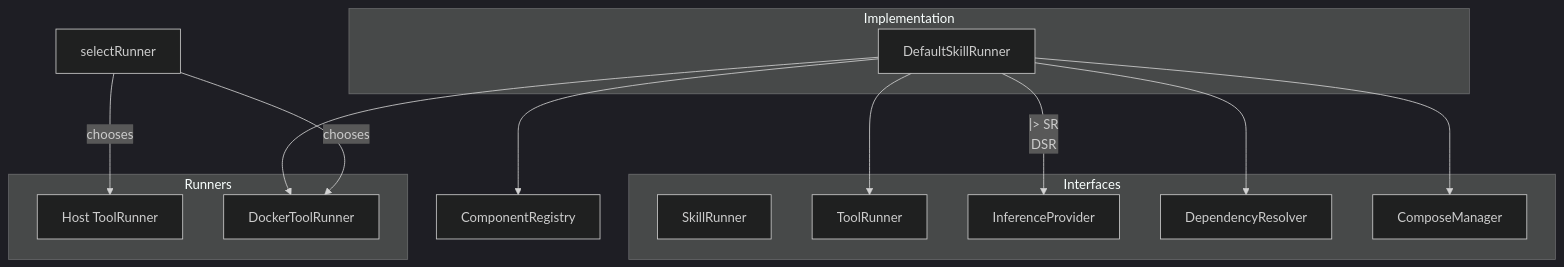
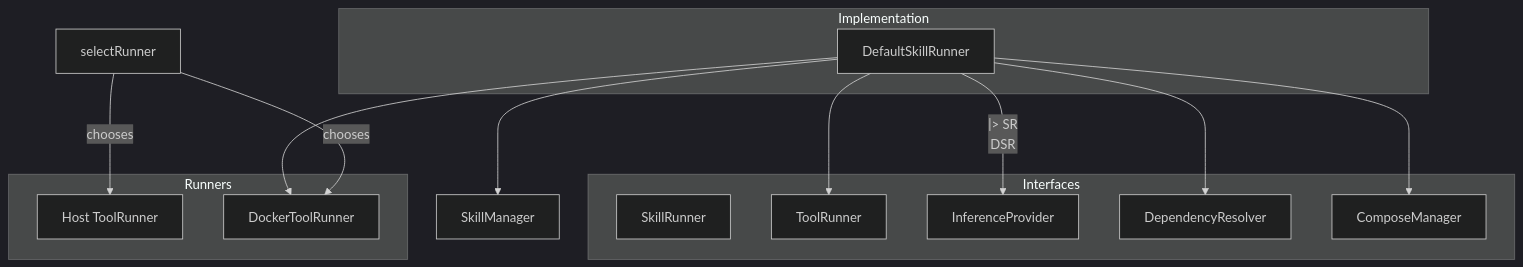
One commit to opensassi/a0 changed the first of 2 diagrams in src/skill_runner.spec.md. Above: the diagram before and after it, drawn with Mermaid (dark theme). The commit also changed other lines of this file and 40 other files, not shown here.

````diff
--- a/src/skill_runner.spec.md
+++ b/src/skill_runner.spec.md
@@ -79,26 +79,26 @@
 ```mermaid
 graph TB
     subgraph Interfaces
         SR[SkillRunner]
         TR[ToolRunner]
         IP[InferenceProvider]
         DR[DependencyResolver]
         CM[ComposeManager]
     end
     subgraph Implementation
         DSR[DefaultSkillRunner]
     end
     subgraph Runners
         HTR[Host ToolRunner]
         DTR[DockerToolRunner]
     end
     DSR --|> SR
     DSR --> IP
     DSR --> DR
     DSR --> CM
     DSR --> TR
     DSR --> DTR
-    DSR --> CR[ComponentRegistry]
+    DSR --> SM[SkillManager]
     selectRunner -- chooses --> HTR
     selectRunner -- chooses --> DTR
 ```
````
